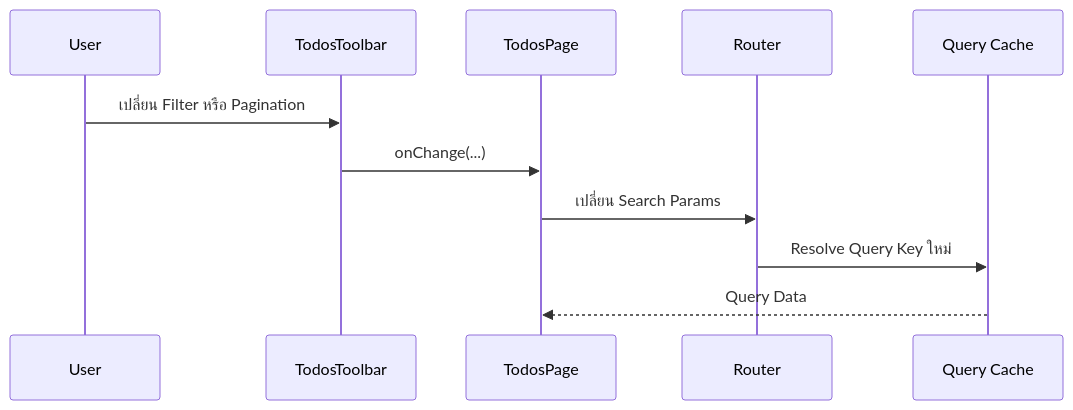
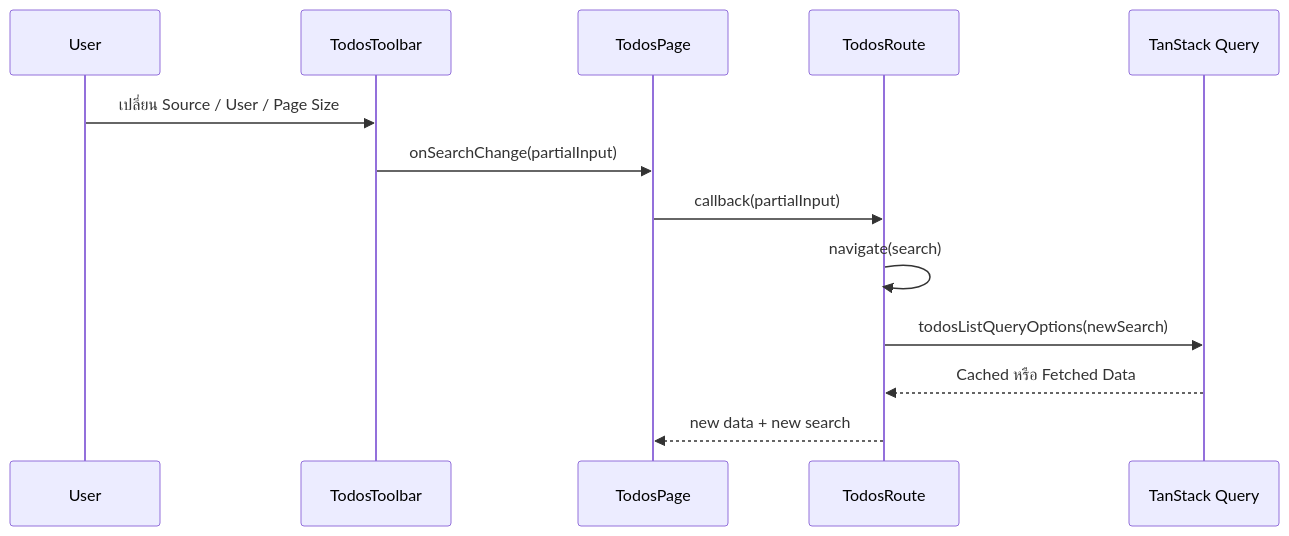
One commit to thehermitdev/tanstack-router-boilerplate changed the fourth of 7 diagrams in docs/details/todos/pages-todos-page.md. Above: the diagram before and after it, drawn with Mermaid. The commit also changed other lines of this file, not shown here.

Commit message:
docs: explain todos page composition and orchestration

````diff
--- a/docs/details/todos/pages-todos-page.md
+++ b/docs/details/todos/pages-todos-page.md
@@ -89,14 +655,16 @@
 ```mermaid
 sequenceDiagram
     participant U as User
     participant T as TodosToolbar
     participant P as TodosPage
-    participant R as Router
-    participant Q as Query Cache
+    participant R as TodosRoute
+    participant Q as TanStack Query
 
-    U->>T: เปลี่ยน Filter หรือ Pagination
-    T->>P: onChange(...)
-    P->>R: เปลี่ยน Search Params
-    R->>Q: Resolve Query Key ใหม่
-    Q-->>P: Query Data
+    U->>T: เปลี่ยน Source / User / Page Size
+    T->>P: onSearchChange(partialInput)
+    P->>R: callback(partialInput)
+    R->>R: navigate(search)
+    R->>Q: todosListQueryOptions(newSearch)
+    Q-->>R: Cached หรือ Fetched Data
+    R-->>P: new data + new search
 ```
````
